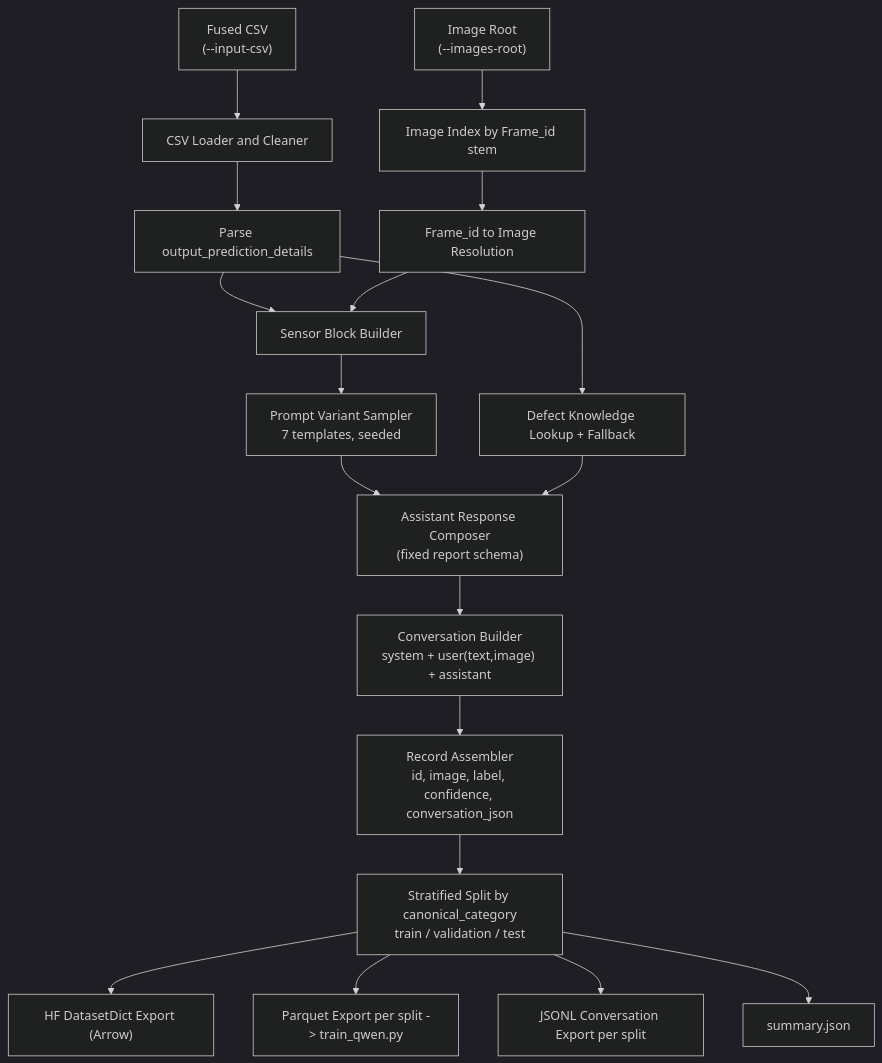
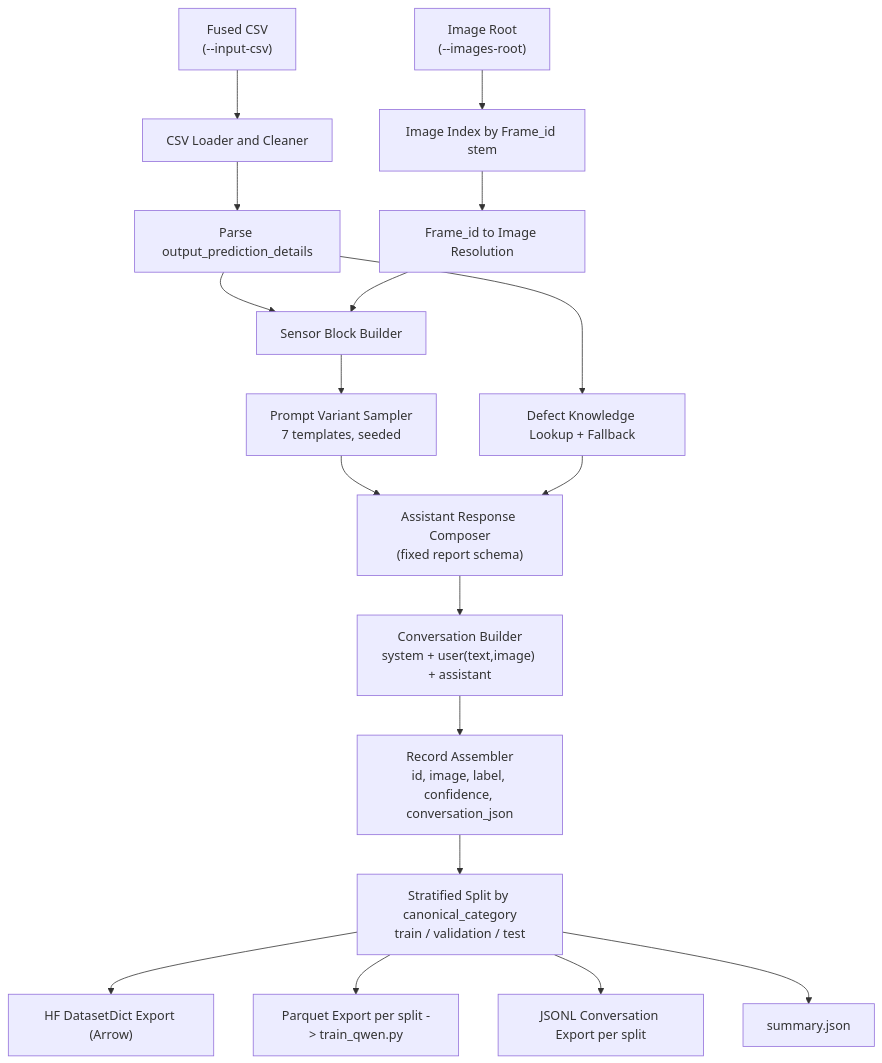
The diagram in industrial-edge-insights-multimodal/docs/user-guide/how-to-guides/how-to-fine-tune-vlm-weld-usecase.md (jbuksinski-intel/manufacturing-ai-suite), drawn with Mermaid before and after one commit. The commit also changed 1 other file, not shown here.

Commit message:
[DOCS] Remove redundant Mermaid dark theme (#4459)

````diff
--- a/industrial-edge-insights-multimodal/docs/user-guide/how-to-guides/how-to-fine-tune-vlm-weld-usecase.md
+++ b/industrial-edge-insights-multimodal/docs/user-guide/how-to-guides/how-to-fine-tune-vlm-weld-usecase.md
@@ -300,28 +300,25 @@
 ```mermaid
----
-config: {"theme": "dark"}
----
 flowchart TD
     A["Fused CSV</br>(--input-csv)"] --> B["CSV Loader and Cleaner"]
     I["Image Root</br>(--images-root)"] --> C["Image Index by Frame_id stem"]
 
     B --> D["Parse output_prediction_details"]
     C --> E["Frame_id to Image Resolution"]
     D --> F["Sensor Block Builder"]
     E --> F
 
     F --> G["Prompt Variant Sampler</br>7 templates, seeded"]
     D --> H["Defect Knowledge Lookup + Fallback"]
 
     G --> J["Assistant Response Composer</br>(fixed report schema)"]
     H --> J
 
     J --> K["Conversation Builder</br>system + user(text,image) + assistant"]
     K --> L["Record Assembler</br>id, image, label, confidence, conversation_json"]
     L --> M["Stratified Split by canonical_category</br>train / validation / test"]
 
     M --> N["HF DatasetDict Export (Arrow)"]
     M --> O["Parquet Export per split -> train_qwen.py"]
     M --> P["JSONL Conversation Export per split"]
     M --> Q["summary.json"]
 ```
````
